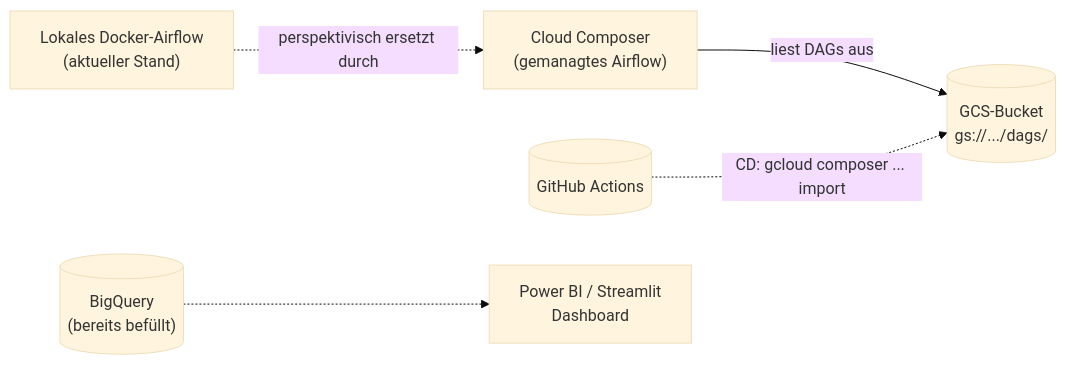
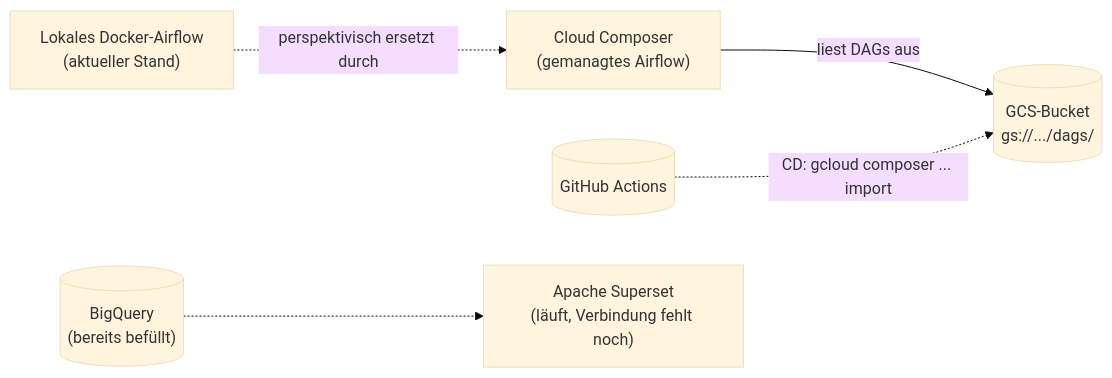
One commit to Sbata-Germany-25/lakehouse-retail-pipeline changed the second of 2 diagrams in docs/architecture.md. Above: the diagram before and after it, drawn with Mermaid (base theme). The commit also changed other lines of this file and 2 other files, not shown here.

Commit message:
clean up README and align docs with GCP/Superset state

````diff
--- a/docs/architecture.md
+++ b/docs/architecture.md
@@ -84,9 +86,9 @@
 ```mermaid
 flowchart LR
     LOCAL["Lokales Docker-Airflow<br/>(aktueller Stand)"] -.->|"perspektivisch ersetzt durch"| COMPOSER["Cloud Composer<br/>(gemanagtes Airflow)"]
 
     COMPOSER -->|"liest DAGs aus"| GCS_DAGS[("GCS-Bucket<br/>gs://.../dags/")]
     GITHUB2[("GitHub Actions")] -.->|"CD: gcloud composer ... import"| GCS_DAGS
 
-    BQ2[("BigQuery<br/>(bereits befüllt)")] -.-> DASH["Power BI / Streamlit<br/>Dashboard"]
+    BQ2[("BigQuery<br/>(bereits befüllt)")] -.-> DASH["Apache Superset<br/>(läuft, Verbindung fehlt noch)"]
 ```
````
